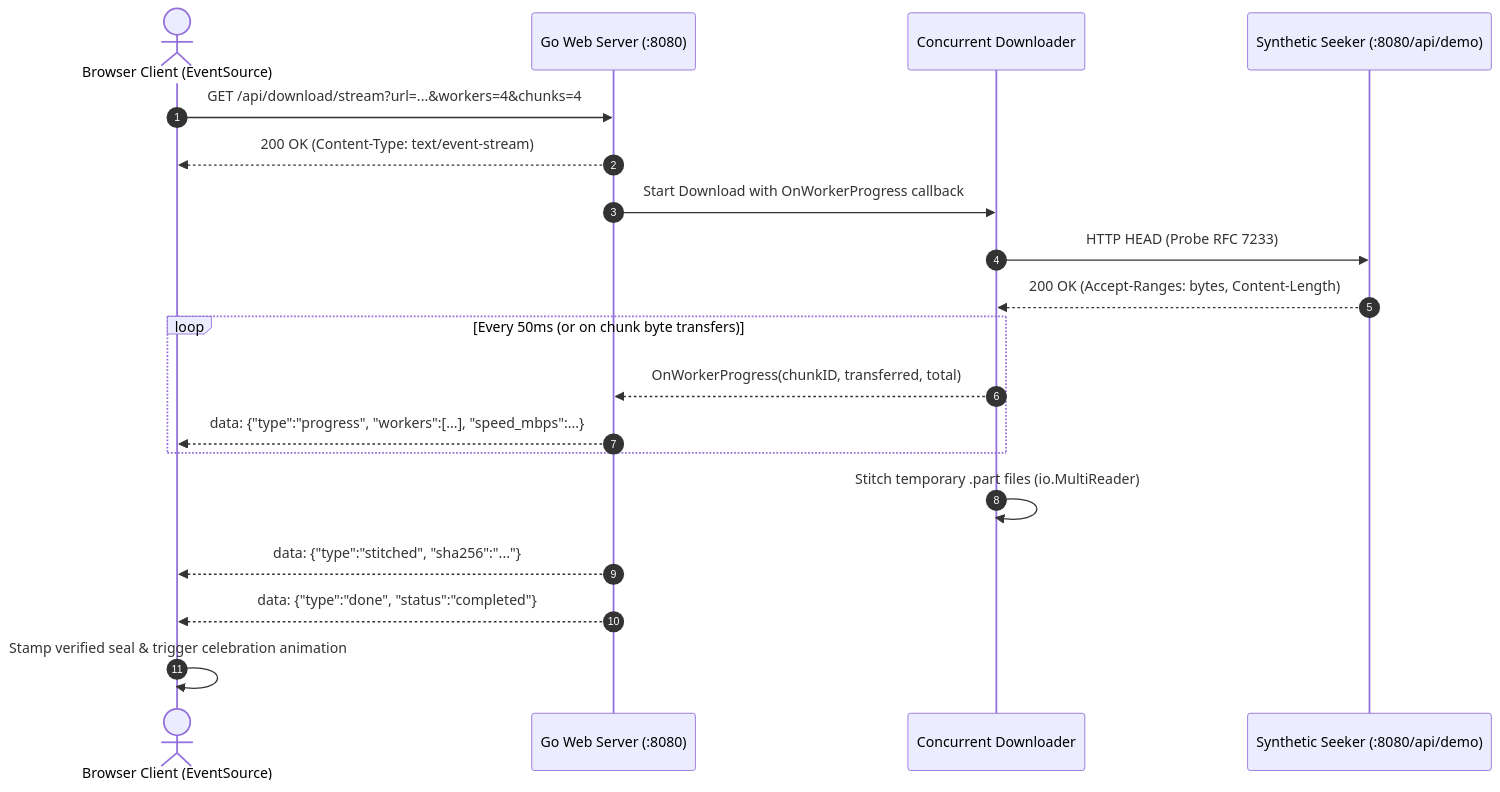
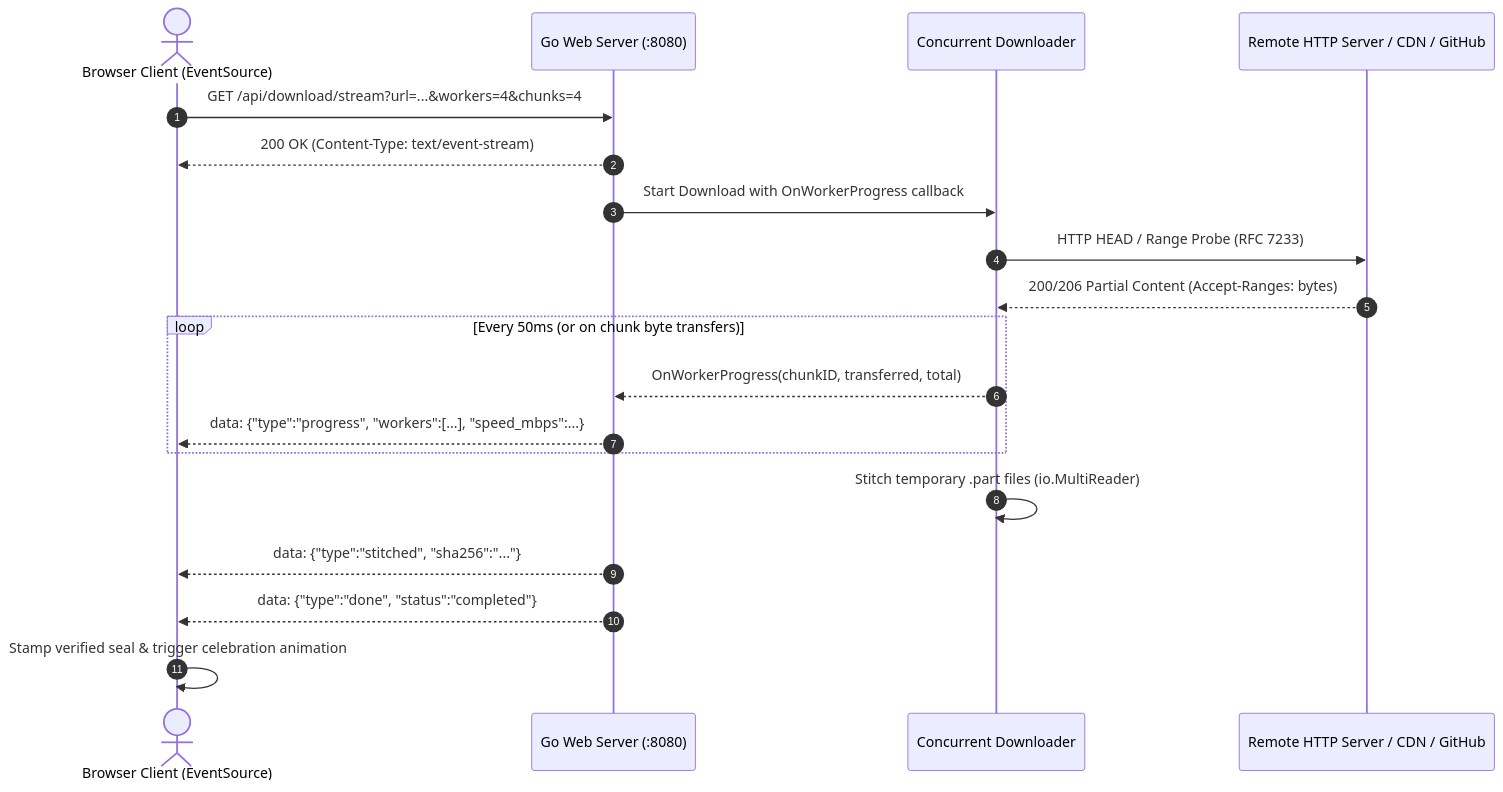
One commit to Anshu666666/beam changed the second of 2 diagrams in README.md. Above: the diagram before and after it, drawn with Mermaid. The commit also changed other lines of this file and 9 other files, not shown here.

````diff
--- a/README.md
+++ b/README.md
@@ -112,22 +112,22 @@
 ```mermaid
 sequenceDiagram
     autonumber
     actor User as Browser Client (EventSource)
     participant Srv as Go Web Server (:8080)
     participant DL as Concurrent Downloader
-    participant Mock as Synthetic Seeker (:8080/api/demo)
+    participant Remote as Remote HTTP Server / CDN / GitHub
 
     User->>Srv: GET /api/download/stream?url=...&workers=4&chunks=4
     Srv-->>User: 200 OK (Content-Type: text/event-stream)
     Srv->>DL: Start Download with OnWorkerProgress callback
-    DL->>Mock: HTTP HEAD (Probe RFC 7233)
-    Mock-->>DL: 200 OK (Accept-Ranges: bytes, Content-Length)
+    DL->>Remote: HTTP HEAD / Range Probe (RFC 7233)
+    Remote-->>DL: 200/206 Partial Content (Accept-Ranges: bytes)
     loop Every 50ms (or on chunk byte transfers)
         DL-->>Srv: OnWorkerProgress(chunkID, transferred, total)
         Srv-->>User: data: {"type":"progress", "workers":[...], "speed_mbps":...}
     end
     DL->>DL: Stitch temporary .part files (io.MultiReader)
     Srv-->>User: data: {"type":"stitched", "sha256":"..."}
     Srv-->>User: data: {"type":"done", "status":"completed"}
     User->>User: Stamp verified seal & trigger celebration animation
 ```
````
